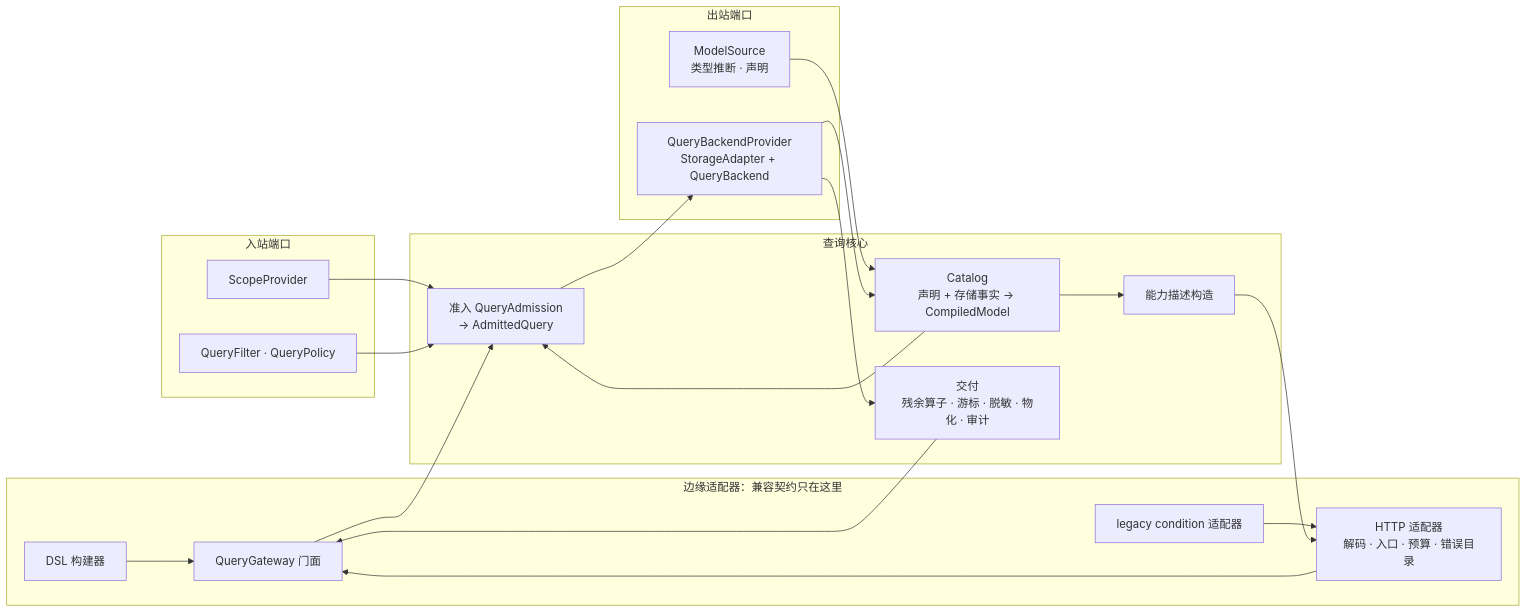
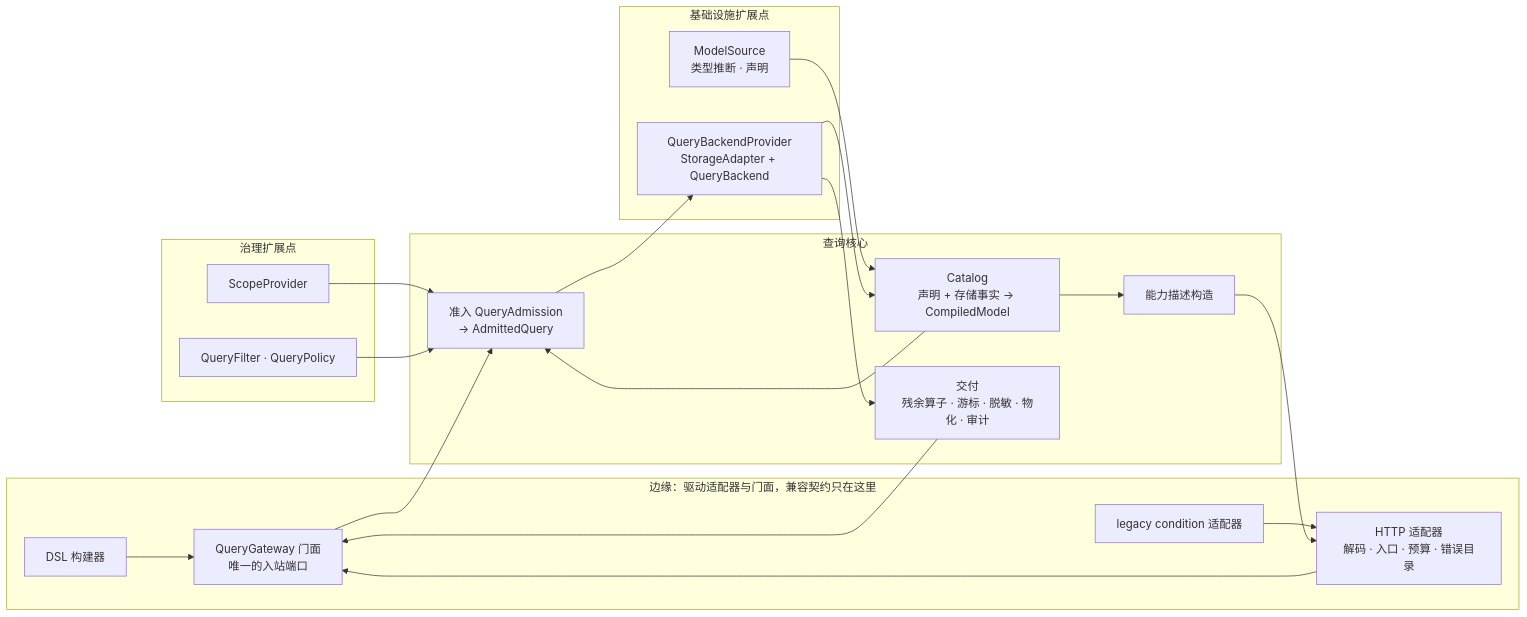
The first of 2 diagrams in documentation/designs/2026-09-24-query-target-architecture-design.md (Ahoo-Wang/Wow), drawn with Mermaid before and after one commit. The commit also changed other lines of this file, not shown here.

First line of the commit message:
docs(query): correct port terminology in the target architecture

````diff
--- a/documentation/designs/2026-09-24-query-target-architecture-design.md
+++ b/documentation/designs/2026-09-24-query-target-architecture-design.md
@@ -61,41 +61,41 @@
 ```mermaid
 flowchart LR
-    subgraph Edge[边缘适配器：兼容契约只在这里]
-        GW[QueryGateway 门面]
+    subgraph Edge[边缘：驱动适配器与门面，兼容契约只在这里]
+        GW[QueryGateway 门面<br/>唯一的入站端口]
         HTTP[HTTP 适配器<br/>解码 · 入口 · 预算 · 错误目录]
         DSL[DSL 构建器]
         LEG[legacy condition 适配器]
     end
 
-    subgraph In[入站端口]
+    subgraph In[治理扩展点]
         SCOPE[ScopeProvider]
         POL[QueryFilter · QueryPolicy]
     end
 
     subgraph Core[查询核心]
         CAT[Catalog<br/>声明 + 存储事实 → CompiledModel]
         ADM[准入 QueryAdmission<br/>→ AdmittedQuery]
         DEL[交付<br/>残余算子 · 游标 · 脱敏 · 物化 · 审计]
         DESC[能力描述构造]
     end
 
-    subgraph Out[出站端口]
+    subgraph Out[基础设施扩展点]
         SRC[ModelSource<br/>类型推断 · 声明]
         PROV[QueryBackendProvider<br/>StorageAdapter + QueryBackend]
     end
 
     DSL --> GW
     LEG --> HTTP
     HTTP --> GW
     SCOPE --> ADM
     POL --> ADM
     GW --> ADM
     CAT --> ADM
     ADM --> PROV
     PROV --> DEL
     DEL --> GW
     CAT --> DESC
     DESC --> HTTP
     SRC --> CAT
     PROV --> CAT
 ```
````
